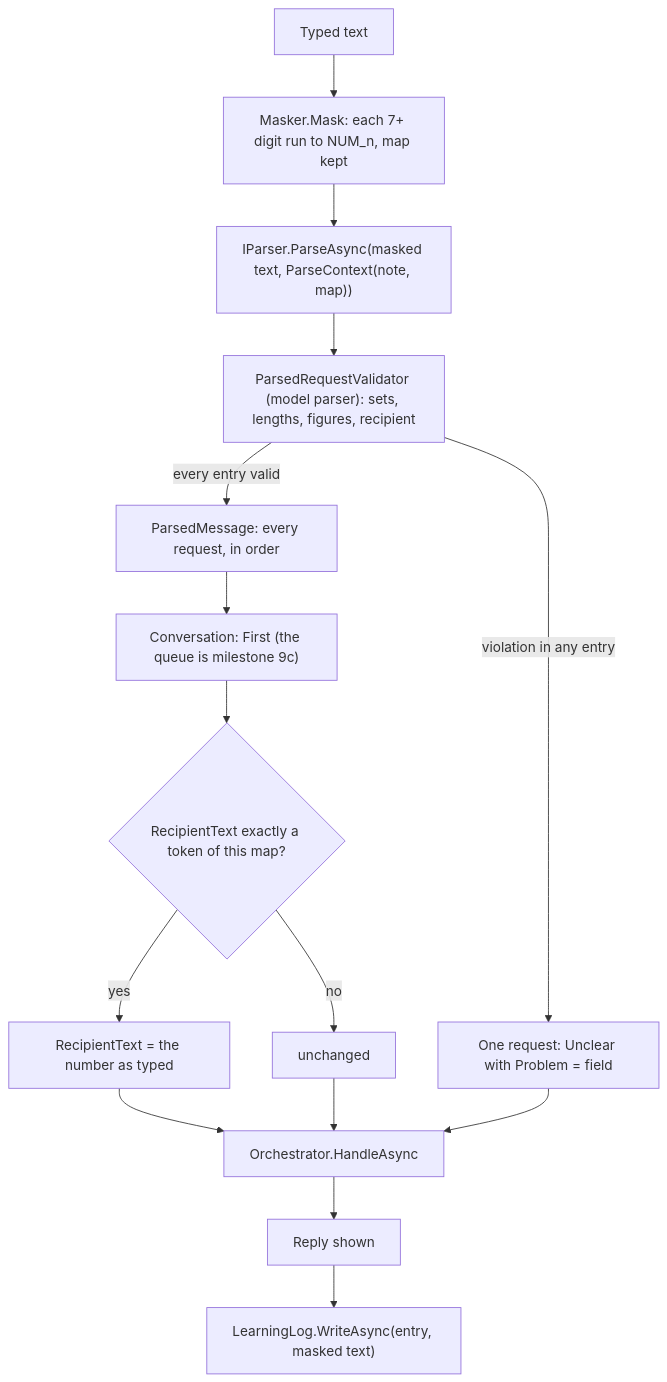
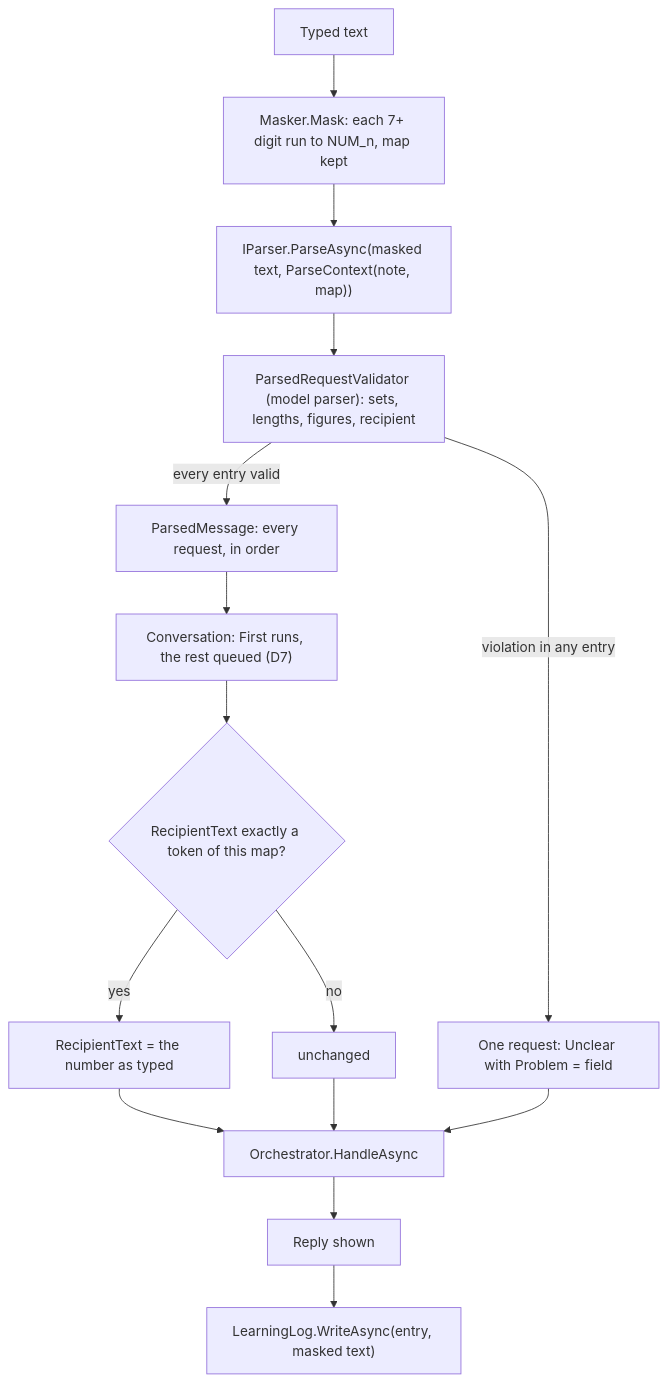
The second of 22 diagrams in docs/agent-core.md (Khalil-Alhadidi/Naqoli), drawn with Mermaid before and after one commit. The commit also changed other lines of this file and 4 other files, not shown here.

````diff
--- a/docs/agent-core.md
+++ b/docs/agent-core.md
@@ -102,17 +102,17 @@
 ```mermaid
 flowchart TD
     typed["Typed text"] --> mask["Masker.Mask: each 7+ digit run to NUM_n, map kept"]
     mask --> parse["IParser.ParseAsync(masked text, ParseContext(note, map))"]
     parse --> valid["ParsedRequestValidator (model parser): sets, lengths, figures, recipient"]
     valid -- "violation in any entry" --> unclear["One request: Unclear with Problem = field"]
     valid -- "every entry valid" --> list["ParsedMessage: every request, in order"]
-    list --> first["Conversation: First (the queue is milestone 9c)"]
+    list --> first["Conversation: First runs, the rest queued (D7)"]
     first --> unmask{"RecipientText exactly a token of this map?"}
     unmask -- yes --> number["RecipientText = the number as typed"]
     unmask -- no --> keep["unchanged"]
     number --> orch["Orchestrator.HandleAsync"]
     keep --> orch
     unclear --> orch
     orch --> reply["Reply shown"]
     reply --> log["LearningLog.WriteAsync(entry, masked text)"]
 ```
````
